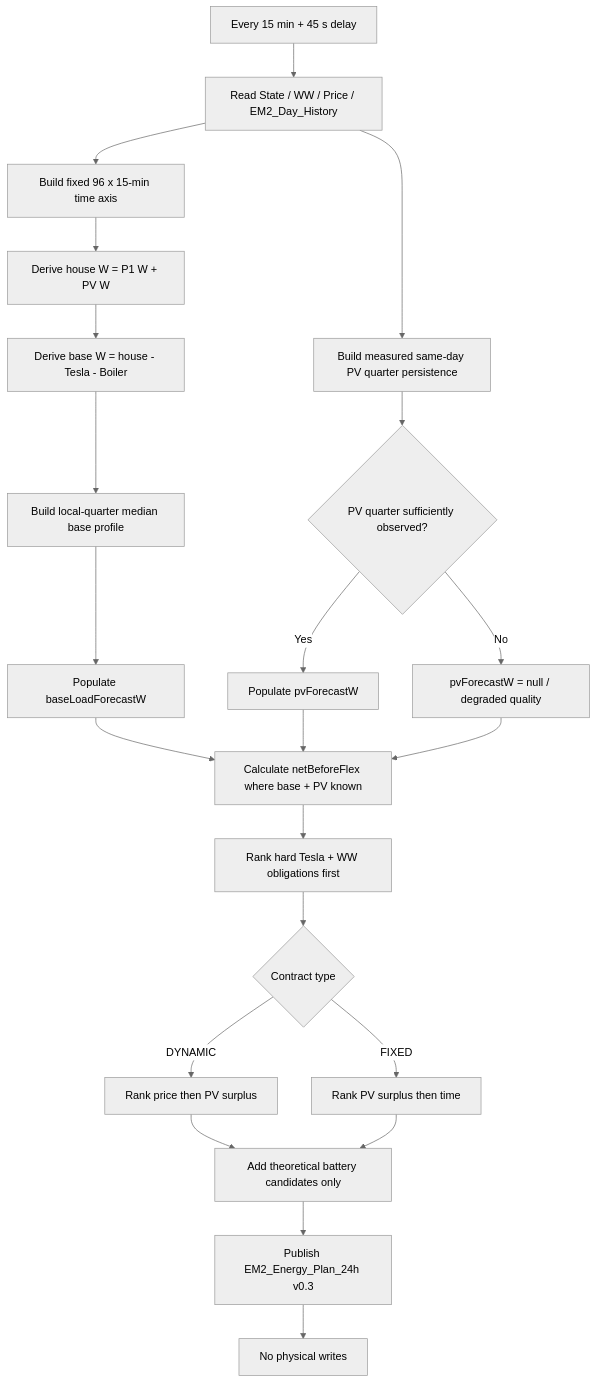
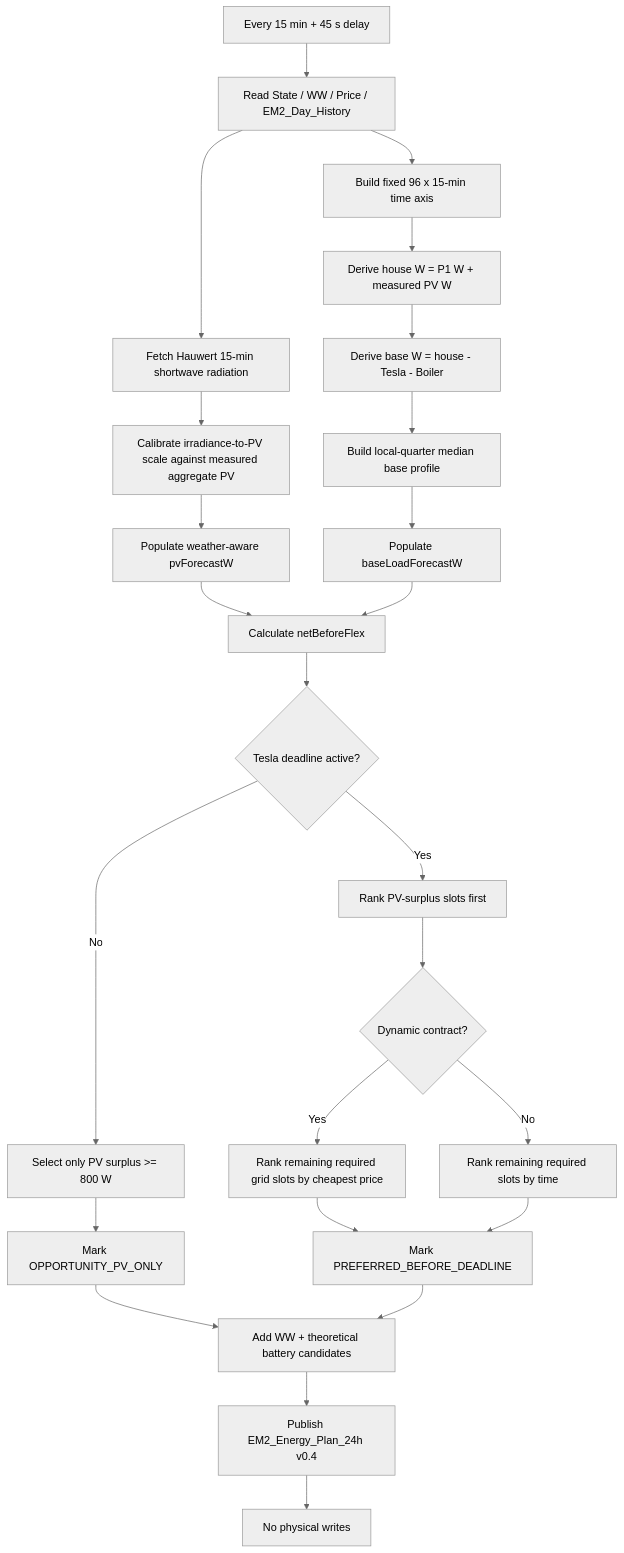
One commit to OnsKasteeltje/homey-energy-manual changed the second of 9 diagrams in docs/software-architecture/flows/planner-power-intent-flow.md. Above: the diagram before and after it, drawn with Mermaid (neutral theme). The commit also changed other lines of this file and 2 other files, not shown here.

Commit message:
fix: enforce PV-only Tesla opportunity on current main

````diff
--- a/docs/software-architecture/flows/planner-power-intent-flow.md
+++ b/docs/software-architecture/flows/planner-power-intent-flow.md
@@ -85,24 +88,27 @@
 ```mermaid
 flowchart TD
     A[Every 15 min + 45 s delay] --> B[Read State / WW / Price / EM2_Day_History]
     B --> C[Build fixed 96 x 15-min time axis]
-    C --> D[Derive house W = P1 W + PV W]
+    C --> D[Derive house W = P1 W + measured PV W]
     D --> E[Derive base W = house - Tesla - Boiler]
     E --> F[Build local-quarter median base profile]
-    B --> G[Build measured same-day PV quarter persistence]
-    F --> H[Populate baseLoadForecastW]
-    G --> I{PV quarter sufficiently observed?}
-    I -->|Yes| J[Populate pvForecastW]
-    I -->|No| K[pvForecastW = null / degraded quality]
-    H --> L[Calculate netBeforeFlex where base + PV known]
-    J --> L
-    K --> L
-    L --> M[Rank hard Tesla + WW obligations first]
-    M --> N{Contract type}
-    N -->|DYNAMIC| O[Rank price then PV surplus]
-    N -->|FIXED| P[Rank PV surplus then time]
-    O --> Q[Add theoretical battery candidates only]
-    P --> Q
-    Q --> R[Publish EM2_Energy_Plan_24h v0.3]
-    R --> S[No physical writes]
+    B --> G[Fetch Hauwert 15-min shortwave radiation]
+    G --> H[Calibrate irradiance-to-PV scale against measured aggregate PV]
+    H --> I[Populate weather-aware pvForecastW]
+    F --> J[Populate baseLoadForecastW]
+    I --> K[Calculate netBeforeFlex]
+    J --> K
+    K --> L{Tesla deadline active?}
+    L -->|No| M[Select only PV surplus >= 800 W]
+    M --> N[Mark OPPORTUNITY_PV_ONLY]
+    L -->|Yes| O[Rank PV-surplus slots first]
+    O --> P{Dynamic contract?}
+    P -->|Yes| Q[Rank remaining required grid slots by cheapest price]
+    P -->|No| R[Rank remaining required slots by time]
+    Q --> S[Mark PREFERRED_BEFORE_DEADLINE]
+    R --> S
+    N --> T[Add WW + theoretical battery candidates]
+    S --> T
+    T --> U[Publish EM2_Energy_Plan_24h v0.4]
+    U --> V[No physical writes]
 ```
````
